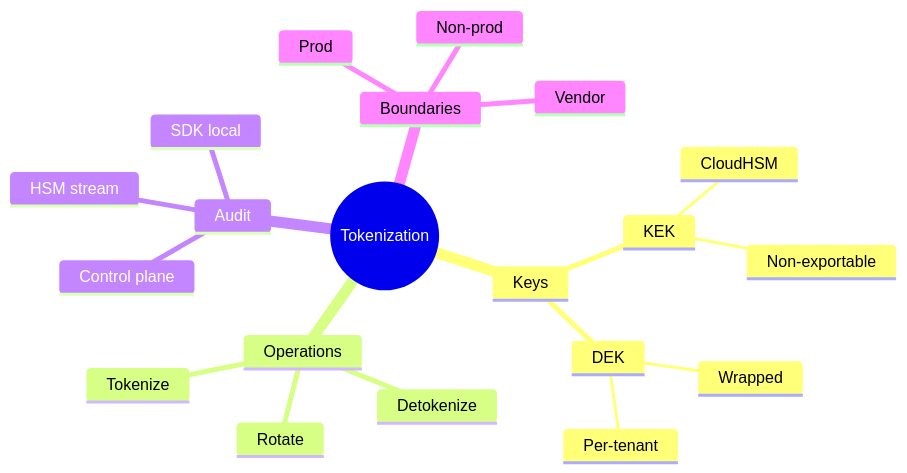
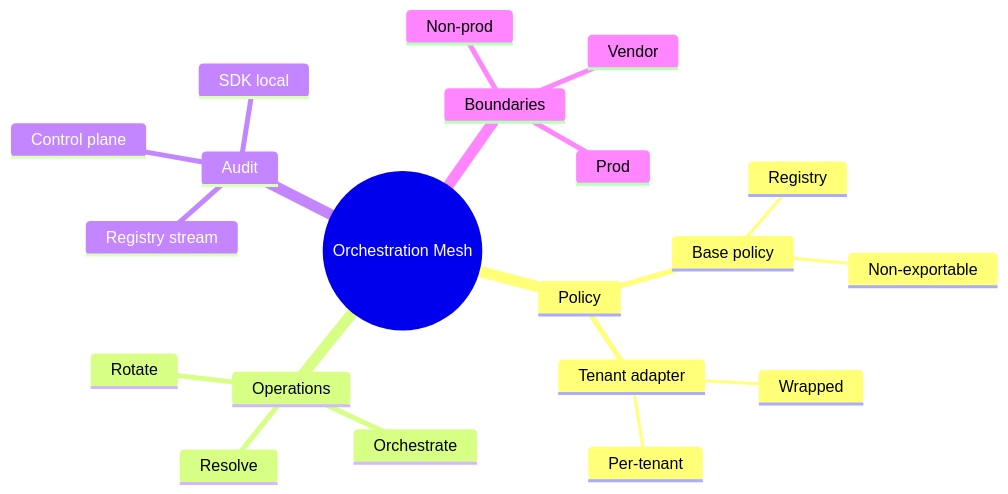
Before and after one commit to SlideWright/lattice: diagram 13 of 25 in lib/components/diagram/diagram/diagram.gallery.md, drawn with Mermaid. The commit also changed other lines of this file and 75 other files, not shown here.

````diff
--- a/lib/components/diagram/diagram/diagram.gallery.md
+++ b/lib/components/diagram/diagram/diagram.gallery.md
@@ -387,23 +387,23 @@
 ```mermaid
 mindmap
-  root((Tokenization))
-    Keys
-      KEK
-        CloudHSM
+  root((Orchestration Mesh))
+    Policy
+      Base policy
+        Registry
         Non-exportable
-      DEK
+      Tenant adapter
         Wrapped
         Per-tenant
     Operations
-      Tokenize
-      Detokenize
+      Orchestrate
+      Resolve
       Rotate
     Audit
-      HSM stream
+      Registry stream
       Control plane
       SDK local
     Boundaries
       Prod
       Non-prod
       Vendor
 ```
````
